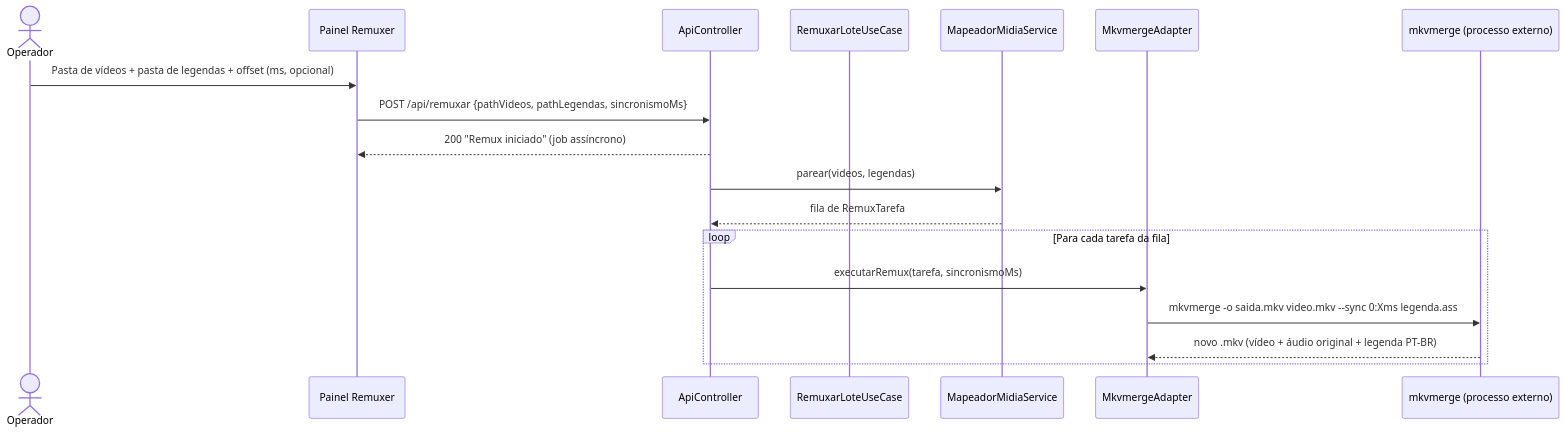
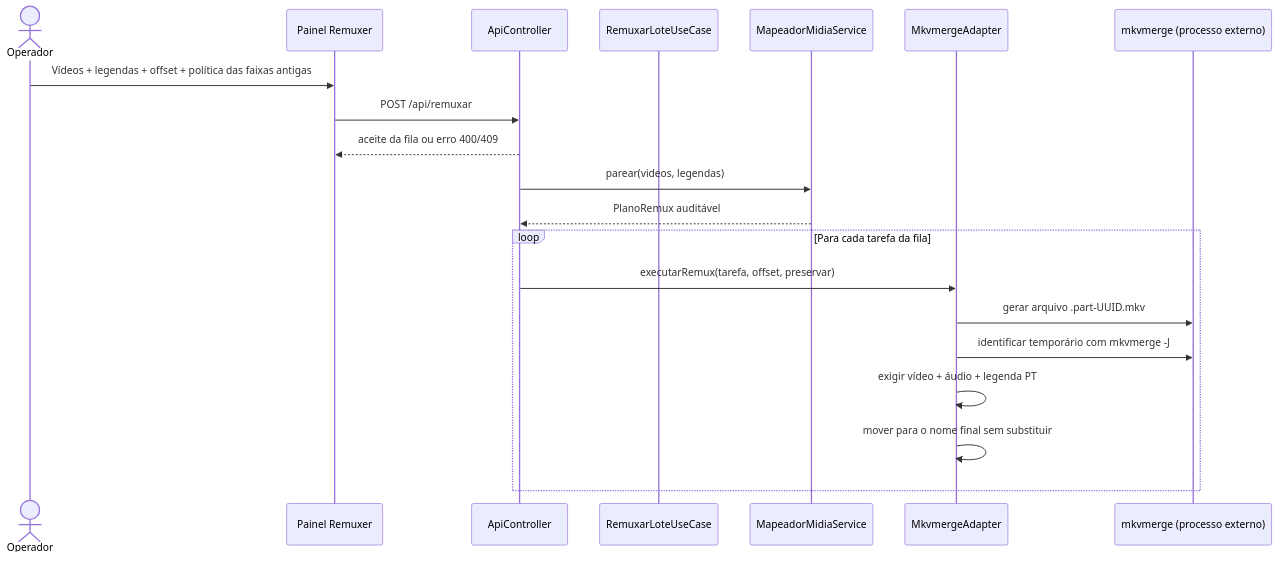
Before and after one commit to carmipa/traducao_animes_llm_local_quarkus: the second of 2 diagrams in docs/08-modulo-remuxer.md, drawn with Mermaid. The commit also changed other lines of this file and 14 other files, not shown here.

````diff
--- a/docs/08-modulo-remuxer.md
+++ b/docs/08-modulo-remuxer.md
@@ -57,21 +65,23 @@
 ```mermaid
 sequenceDiagram
     actor Op as Operador
     participant UI as Painel Remuxer
     participant API as ApiController
     participant UC as RemuxarLoteUseCase
     participant Map as MapeadorMidiaService
     participant AD as MkvmergeAdapter
     participant MKV as mkvmerge (processo externo)
 
-    Op->>UI: Pasta de vídeos + pasta de legendas + offset (ms, opcional)
-    UI->>API: POST /api/remuxar {pathVideos, pathLegendas, sincronismoMs}
-    API-->>UI: 200 "Remux iniciado" (job assíncrono)
+    Op->>UI: Vídeos + legendas + offset + política das faixas antigas
+    UI->>API: POST /api/remuxar
+    API-->>UI: aceite da fila ou erro 400/409
     API->>Map: parear(videos, legendas)
-    Map-->>API: fila de RemuxTarefa
+    Map-->>API: PlanoRemux auditável
     loop Para cada tarefa da fila
-        API->>AD: executarRemux(tarefa, sincronismoMs)
-        AD->>MKV: mkvmerge -o saida.mkv video.mkv --sync 0:Xms legenda.ass
-        MKV-->>AD: novo .mkv (vídeo + áudio original + legenda PT-BR)
+        API->>AD: executarRemux(tarefa, offset, preservar)
+        AD->>MKV: gerar arquivo .part-UUID.mkv
+        AD->>MKV: identificar temporário com mkvmerge -J
+        AD->>AD: exigir vídeo + áudio + legenda PT
+        AD->>AD: mover para o nome final sem substituir
     end
 ```
````
